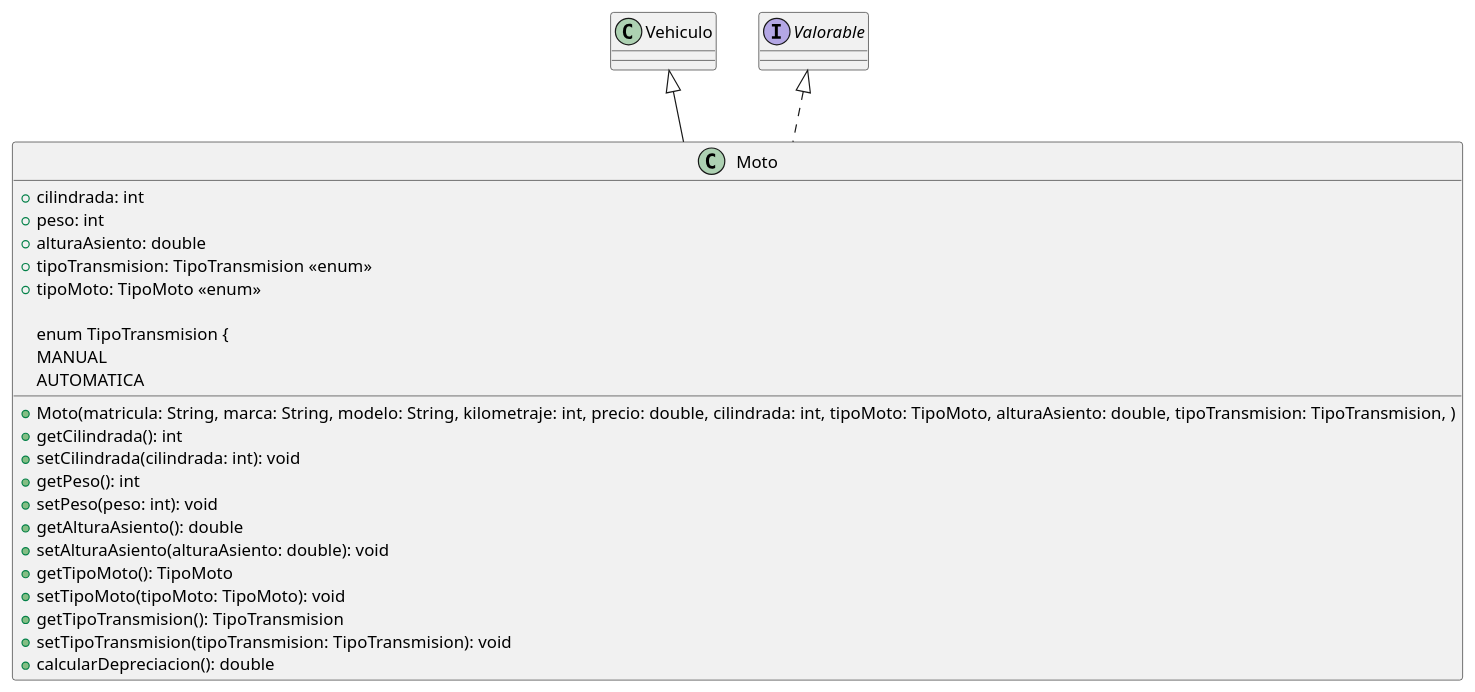
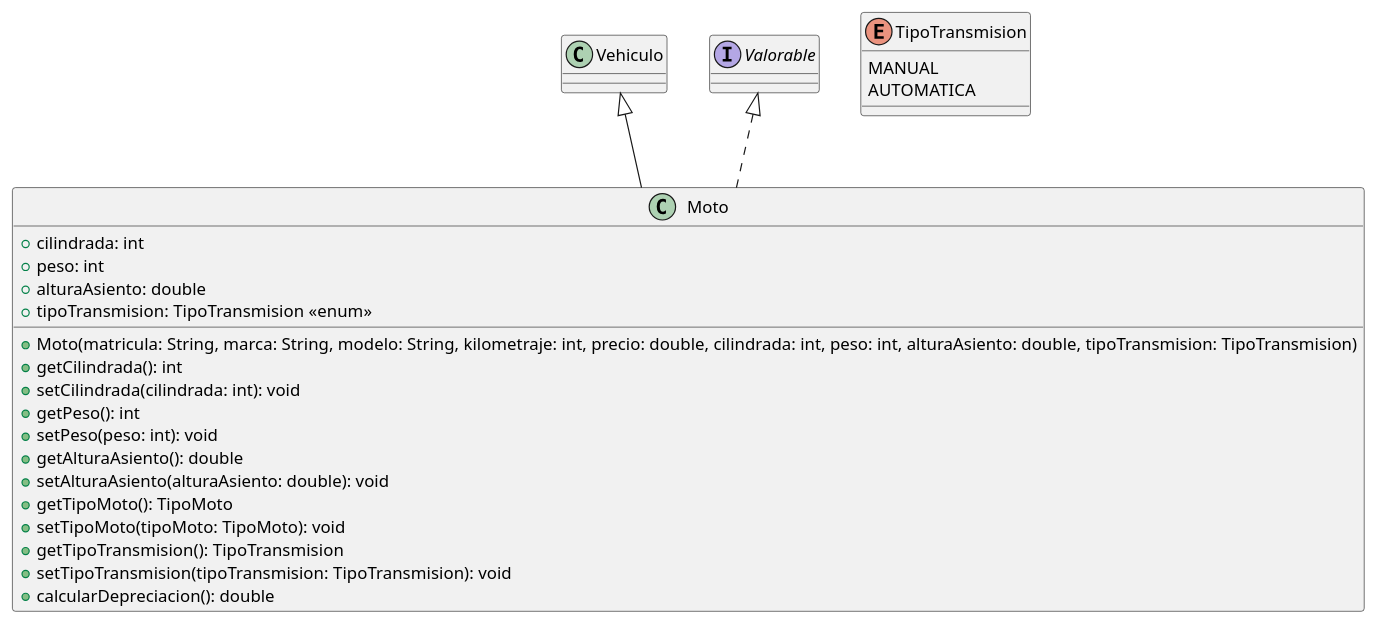
One commit to crobles98/UT5_ED_Prog changed the diagram in uml/Moto.puml. Above: the diagram before and after it, drawn with PlantUML.

Commit message:
Corregir constructor y errores

```diff
--- a/uml/Moto.puml
+++ b/uml/Moto.puml
@@ -1,25 +1,25 @@
 @startuml
 class Moto extends Vehiculo implements Valorable {
   + cilindrada: int
   + peso: int
   + alturaAsiento: double
   + tipoTransmision: TipoTransmision <<enum>>
-  + tipoMoto: TipoMoto <<enum>>
-  + Moto(matricula: String, marca: String, modelo: String, kilometraje: int, precio: double, cilindrada: int, tipoMoto: TipoMoto, alturaAsiento: double, tipoTransmision: TipoTransmision, )
+  + Moto(matricula: String, marca: String, modelo: String, kilometraje: int, precio: double, cilindrada: int, peso: int, alturaAsiento: double, tipoTransmision: TipoTransmision)
   + getCilindrada(): int
   + setCilindrada(cilindrada: int): void
   + getPeso(): int
   + setPeso(peso: int): void
   + getAlturaAsiento(): double
   + setAlturaAsiento(alturaAsiento: double): void
   + getTipoMoto(): TipoMoto
   + setTipoMoto(tipoMoto: TipoMoto): void
   + getTipoTransmision(): TipoTransmision
   + setTipoTransmision(tipoTransmision: TipoTransmision): void
   + calcularDepreciacion(): double
+}
 
 enum TipoTransmision {
   MANUAL
   AUTOMATICA
 }
 @enduml
```
